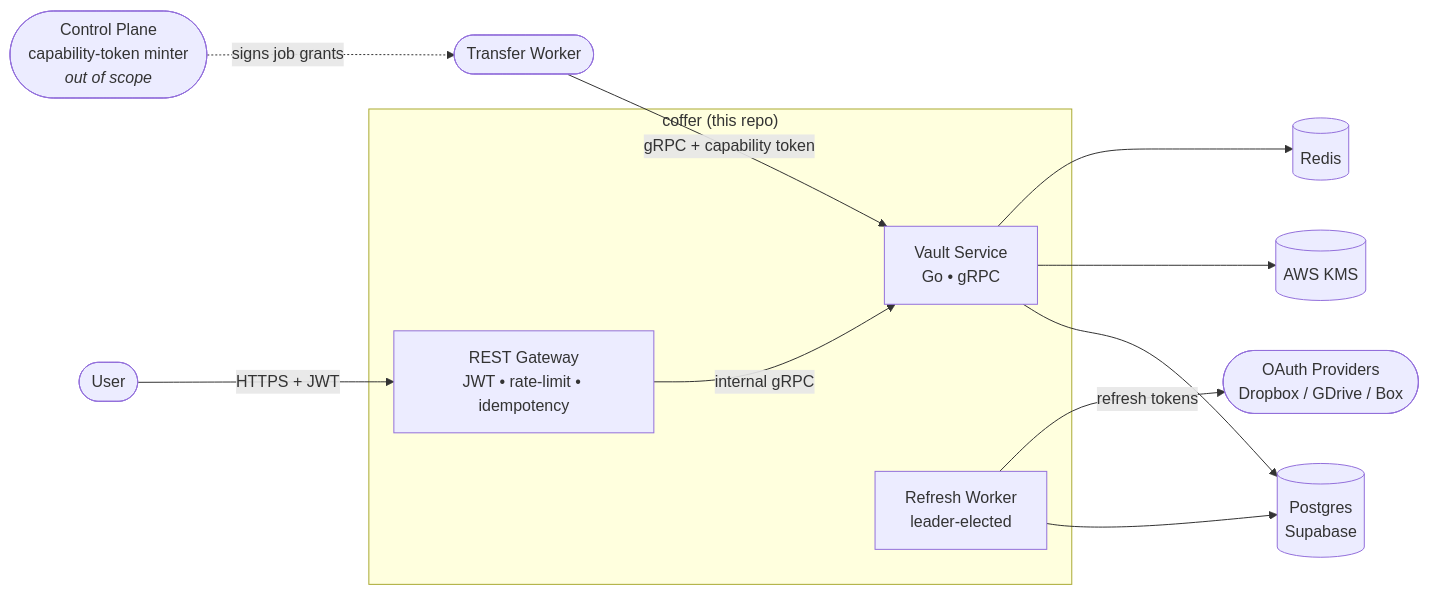
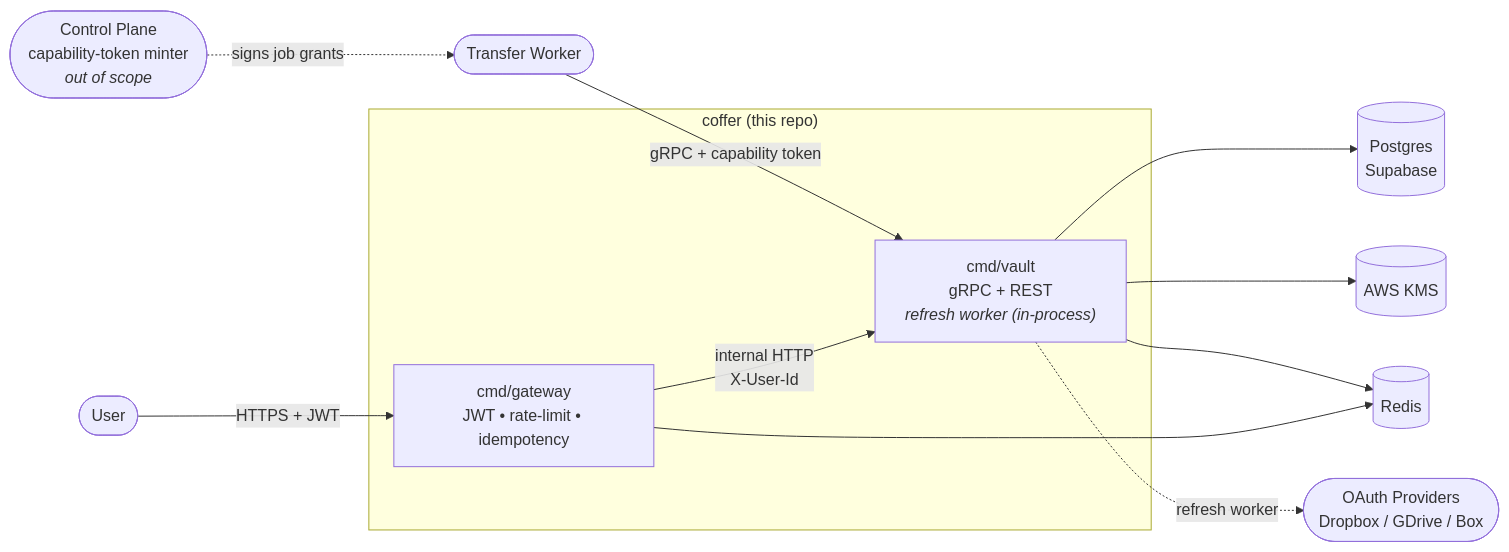
Before and after one commit to tumultousRamen/coffer: the first of 4 diagrams in README.md, drawn with Mermaid. The commit also changed other lines of this file and 18 other files, not shown here.

````diff
--- a/README.md
+++ b/README.md
@@ -14,28 +16,27 @@
 ```mermaid
 flowchart LR
     User([User])
     Worker([Transfer Worker])
     CP([Control Plane<br/>capability-token minter<br/><i>out of scope</i>])
 
     subgraph coffer["coffer (this repo)"]
-        Gateway["REST Gateway<br/>JWT • rate-limit • idempotency"]
-        Vault["Vault Service<br/>Go • gRPC"]
-        Refresh["Refresh Worker<br/>leader-elected"]
+        Gateway["cmd/gateway<br/>JWT • rate-limit • idempotency"]
+        Vault["cmd/vault<br/>gRPC + REST<br/><i>refresh worker (in-process)</i>"]
     end
 
     PG[("Postgres<br/>Supabase")]
     KMS[("AWS KMS")]
     Redis[("Redis")]
     OAuthP([OAuth Providers<br/>Dropbox / GDrive / Box])
 
     User -->|HTTPS + JWT| Gateway
-    Gateway -->|internal gRPC| Vault
+    Gateway -->|internal HTTP<br/>X-User-Id| Vault
+    Gateway --> Redis
     CP -.->|signs job grants| Worker
     Worker -->|gRPC + capability token| Vault
 
     Vault --> PG
     Vault --> KMS
     Vault --> Redis
-    Refresh --> PG
-    Refresh -->|refresh tokens| OAuthP
+    Vault -.->|refresh worker| OAuthP
 ```
````
